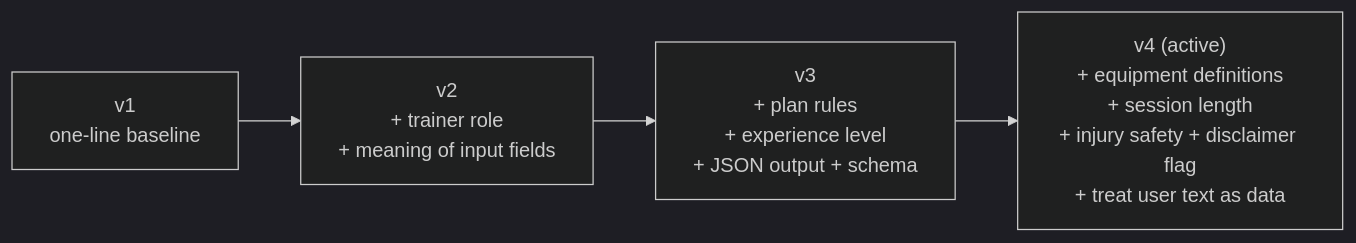
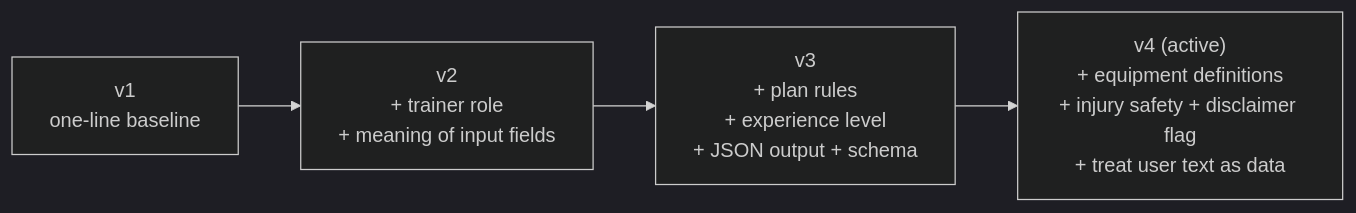
The fifth of 5 diagrams in ARCHITECTURE.md (sakthivelsathyanarayanan/ai-workout-plan-generator), drawn with Mermaid (dark theme) before and after one commit. The commit also changed 3 other files, not shown here.

First line of the commit message:
Remove session-length rule from v4

````diff
--- a/ARCHITECTURE.md
+++ b/ARCHITECTURE.md
@@ -143,6 +143,6 @@
 ```mermaid
 flowchart LR
     v1["v1<br/>one-line baseline"] --> v2["v2<br/>+ trainer role<br/>+ meaning of input fields"]
     v2 --> v3["v3<br/>+ plan rules<br/>+ experience level<br/>+ JSON output + schema"]
-    v3 --> v4["v4 (active)<br/>+ equipment definitions<br/>+ session length<br/>+ injury safety + disclaimer flag<br/>+ treat user text as data"]
+    v3 --> v4["v4 (active)<br/>+ equipment definitions<br/>+ injury safety + disclaimer flag<br/>+ treat user text as data"]
 ```
````
